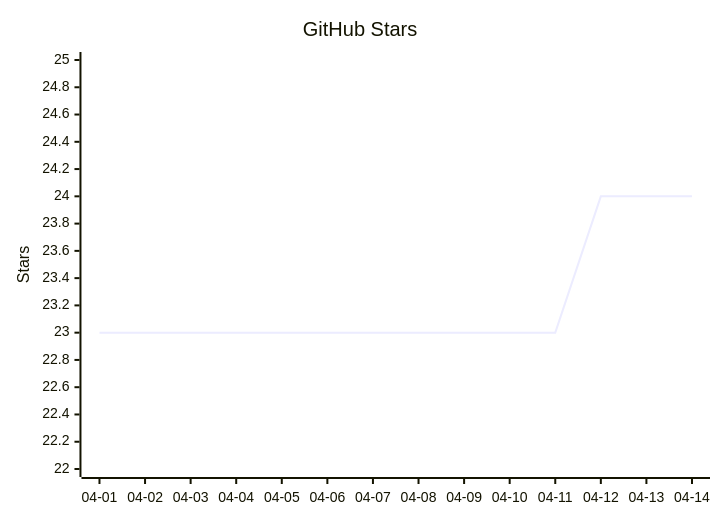
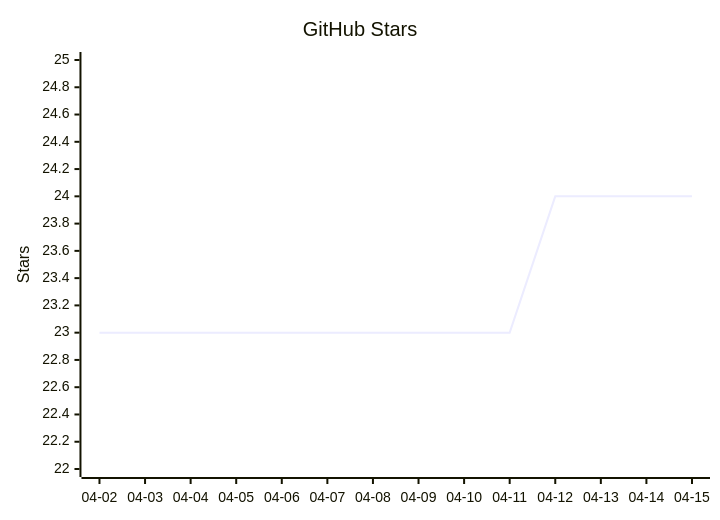
One commit to vectie/moonclaw changed the diagram in README.mbt.md. Above: the diagram before and after it, drawn with Mermaid. The commit also changed other lines of this file and 1 other file, not shown here.

Commit message:
Update README star growth

````diff
--- a/README.mbt.md
+++ b/README.mbt.md
@@ -486,7 +486,7 @@
 ```mermaid
 xychart-beta
     title "GitHub Stars"
-    x-axis ["04-01","04-02","04-03","04-04","04-05","04-06","04-07","04-08","04-09","04-10","04-11","04-12","04-13","04-14"]
+    x-axis ["04-02","04-03","04-04","04-05","04-06","04-07","04-08","04-09","04-10","04-11","04-12","04-13","04-14","04-15"]
     y-axis "Stars" 22 --> 25
-    line [23,23,23,23,23,23,23,23,23,23,23,24,24,24]
+    line [23,23,23,23,23,23,23,23,23,23,24,24,24,24]
 ```
````
